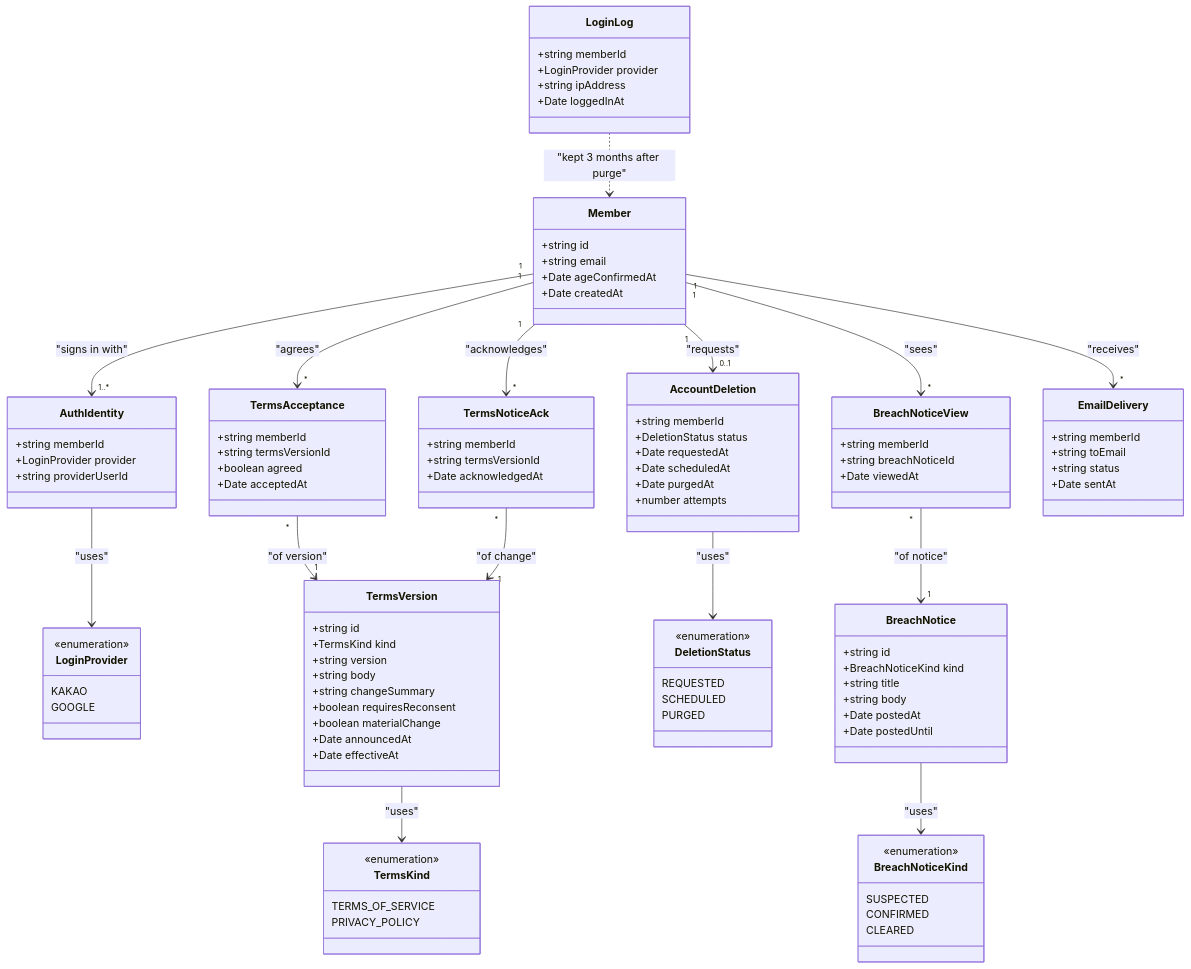
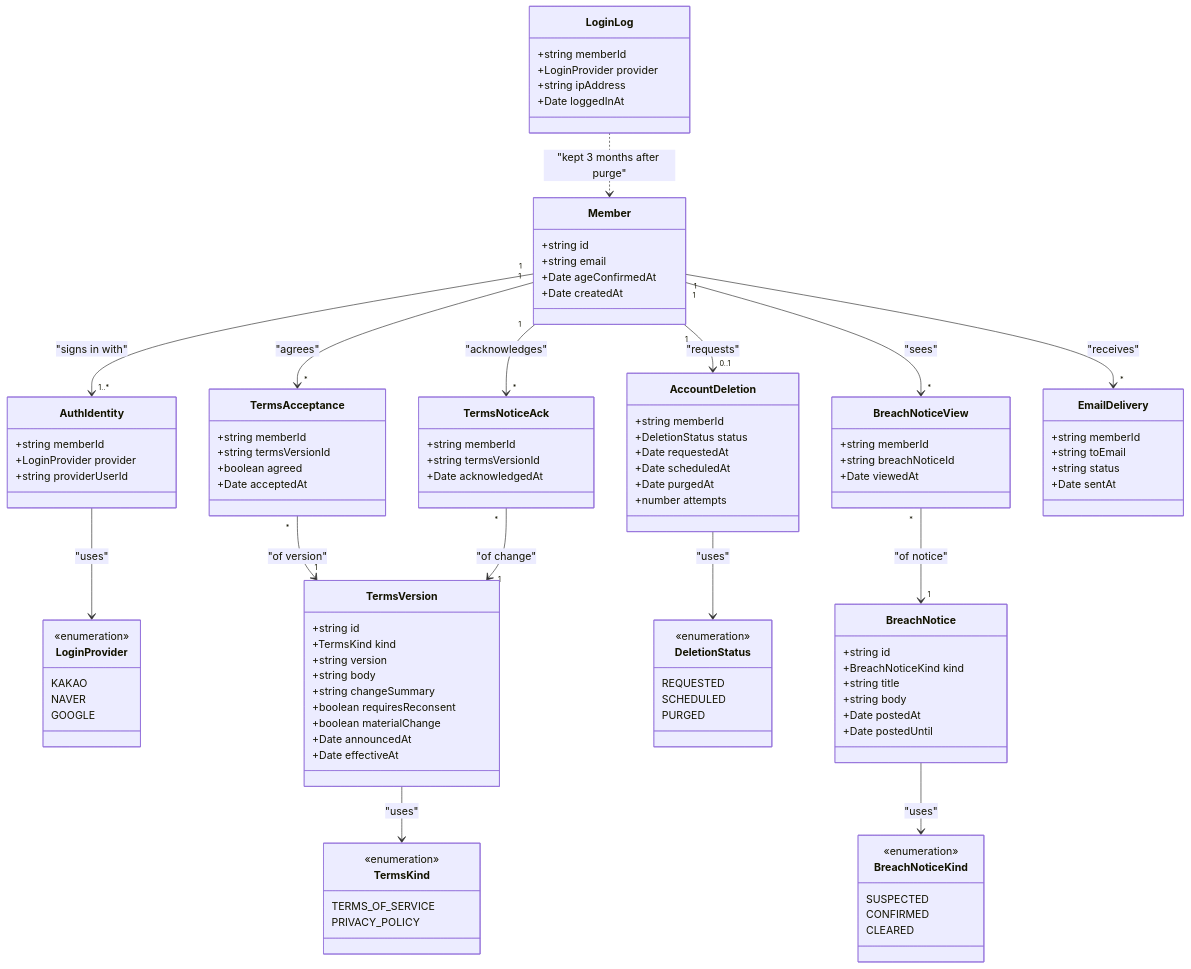
Before and after one commit to god3v/hamtteukka: the first of 2 diagrams in docs/specs/001-account/design/domain.md, drawn with Mermaid. The commit also changed other lines of this file and 15 other files, not shown here.

```diff
--- a/docs/specs/001-account/design/domain.md
+++ b/docs/specs/001-account/design/domain.md
@@ -42,6 +43,7 @@
   class LoginProvider {
     <<enumeration>>
     KAKAO
+    NAVER
     GOOGLE
   }
   class TermsVersion {
```
